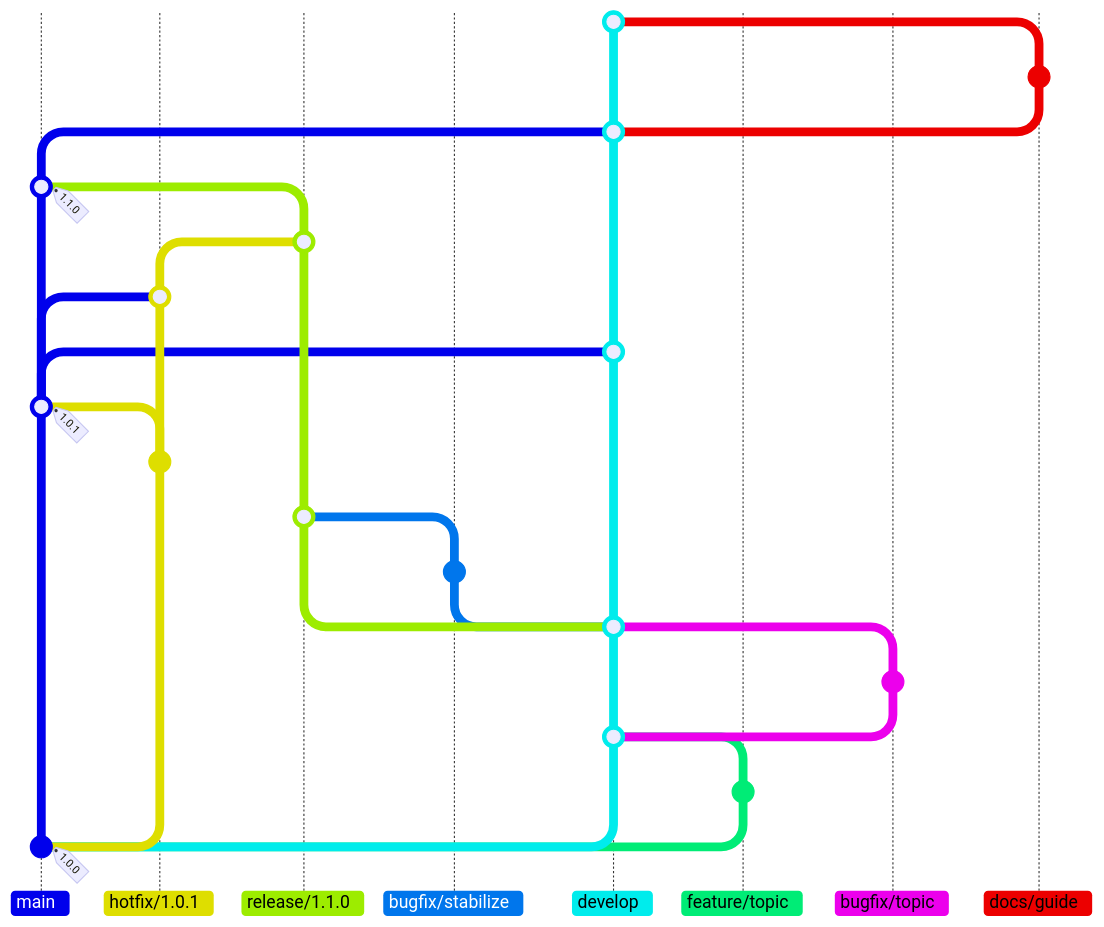
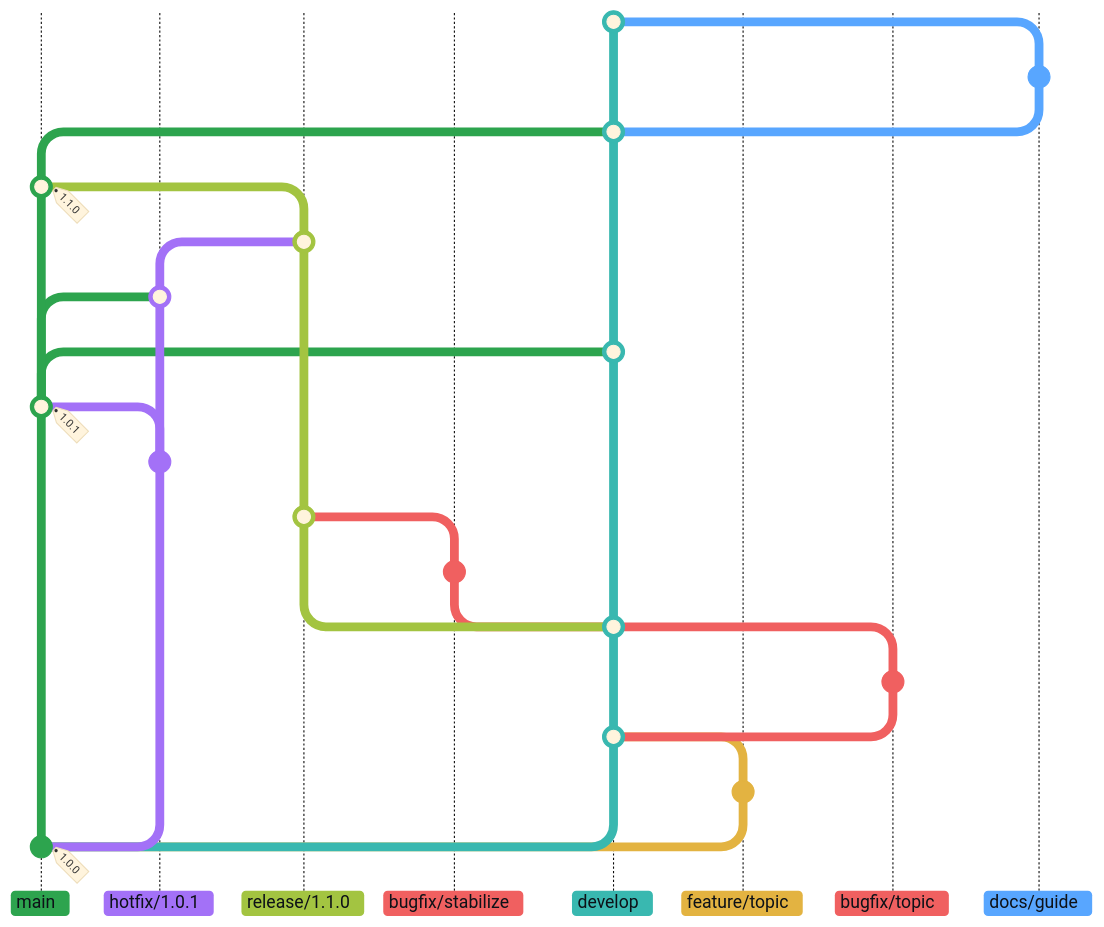
The diagram in docs/adr/cicd.md (superhero/operations.superduper.solutions), drawn with Mermaid before and after one commit. Commit ids are hidden.

Commit message:
docs: color Git graph branches by their purpose

````diff
--- a/docs/adr/cicd.md
+++ b/docs/adr/cicd.md
@@ -37,38 +37,47 @@
 ```mermaid
-%%{init: {"gitGraph": {"showCommitLabel": false}}}%%
+%%{init: {"theme": "base", "gitGraph": {"showCommitLabel": false}, "themeVariables": {
+    "git0": "#2DA44E", "gitBranchLabel0": "#0D1117",
+    "git1": "#A371F7", "gitBranchLabel1": "#0D1117",
+    "git2": "#A3C441", "gitBranchLabel2": "#0D1117",
+    "git3": "#F06060", "gitBranchLabel3": "#0D1117",
+    "git4": "#39B8B0", "gitBranchLabel4": "#0D1117",
+    "git5": "#E3B341", "gitBranchLabel5": "#0D1117",
+    "git6": "#F06060", "gitBranchLabel6": "#0D1117",
+    "git7": "#58A6FF", "gitBranchLabel7": "#0D1117"
+}}}%%
 gitGraph BT:
     commit tag: "1.0.0"
     branch develop order: 4
     branch "feature/topic" order: 5
     commit
     checkout develop
     merge "feature/topic"
     branch "bugfix/topic" order: 6
     commit
     checkout develop
     merge "bugfix/topic"
     branch "release/1.1.0" order: 2
     branch "bugfix/stabilize" order: 3
     commit
     checkout "release/1.1.0"
     merge "bugfix/stabilize"
     checkout main
     branch "hotfix/1.0.1" order: 1
     commit
     checkout main
     merge "hotfix/1.0.1" tag: "1.0.1"
     checkout develop
     merge main
     checkout "hotfix/1.0.1"
     merge main
     checkout "release/1.1.0"
     merge "hotfix/1.0.1"
     checkout main
     merge "release/1.1.0" tag: "1.1.0"
     checkout develop
     merge main
     branch "docs/guide" order: 7
     commit
     checkout develop
     merge "docs/guide"
 ```
````
